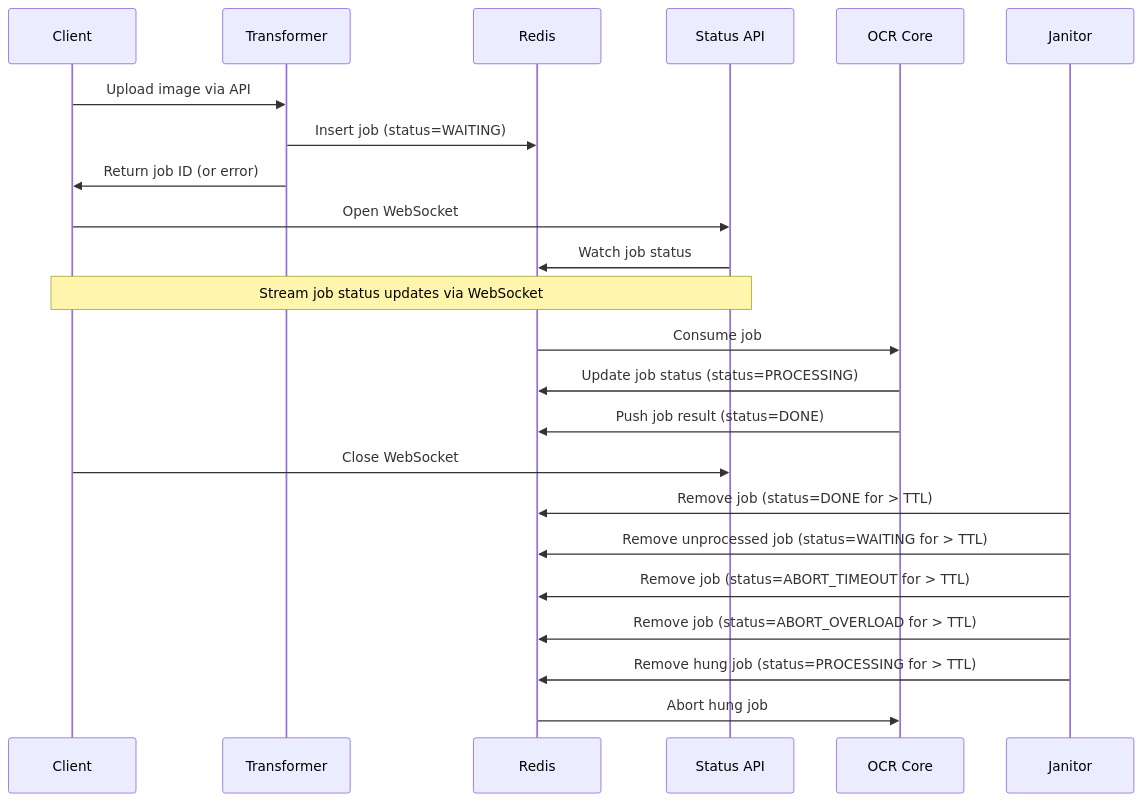
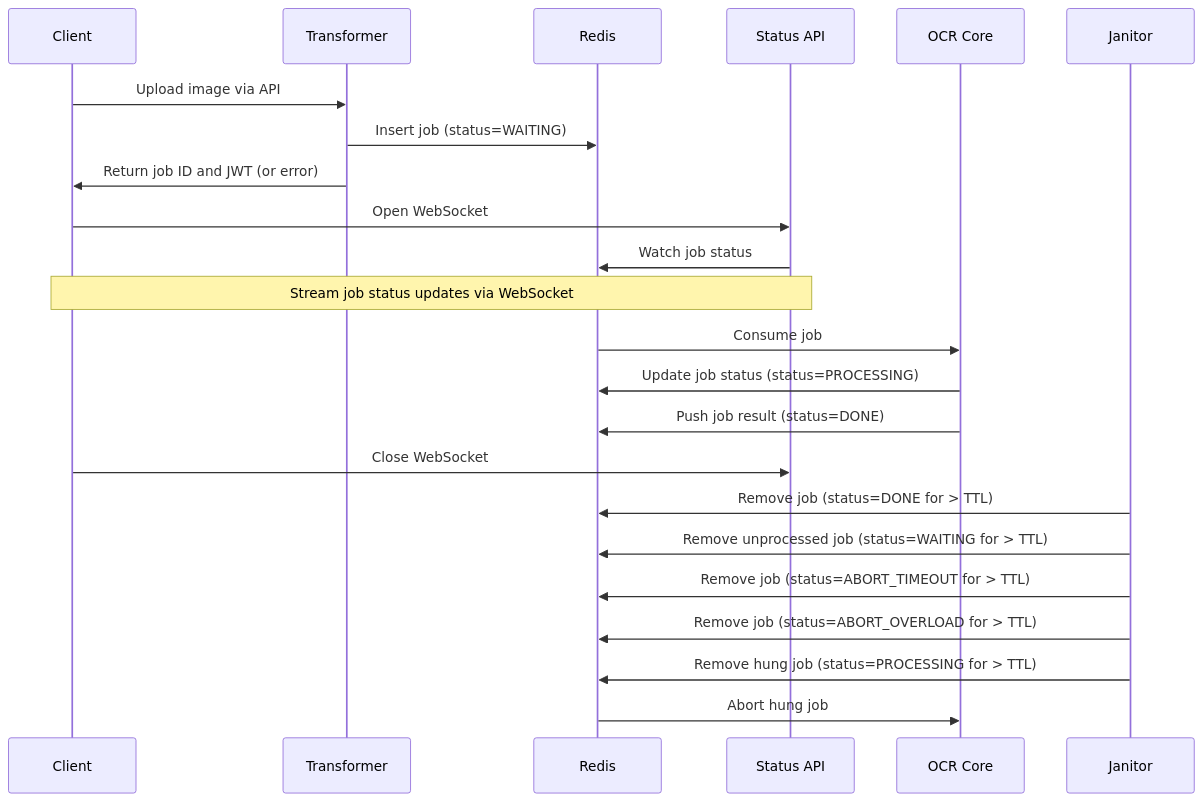
The second of 3 diagrams in README.md (OzuYatamutsu/project-overengineer), drawn with Mermaid before and after one commit. The commit also changed other lines of this file, not shown here.

````diff
--- a/README.md
+++ b/README.md
@@ -77,26 +77,26 @@
 ```mermaid
 sequenceDiagram
     participant Client
     participant Transformer
     participant Redis
     participant Status API
     participant OCR Core
     participant Janitor
 
     Client->>Transformer: Upload image via API
     Transformer->>Redis: Insert job (status=WAITING)
-    Transformer->>Client: Return job ID (or error)
+    Transformer->>Client: Return job ID and JWT (or error)
     Client->>Status API: Open WebSocket
     Status API->>Redis: Watch job status
     Note over Client, Status API: Stream job status updates via WebSocket
     Redis->>OCR Core: Consume job
     OCR Core->>Redis: Update job status (status=PROCESSING)
     OCR Core->>Redis: Push job result (status=DONE)
     Client->>Status API: Close WebSocket
     Janitor->>Redis: Remove job (status=DONE for > TTL)
     Janitor->>Redis: Remove unprocessed job (status=WAITING for > TTL)
     Janitor->>Redis: Remove job (status=ABORT_TIMEOUT for > TTL)
     Janitor->>Redis: Remove job (status=ABORT_OVERLOAD for > TTL)
     Janitor->>Redis: Remove hung job (status=PROCESSING for > TTL)
     Redis->>OCR Core: Abort hung job
 ```
````
